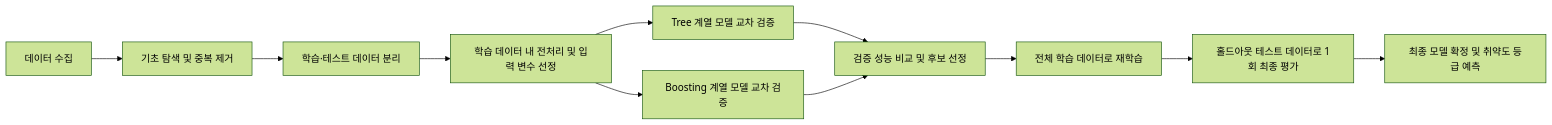
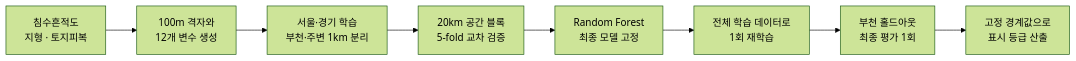
One commit to CUK-FLOUT/flout-server changed the diagram in docs/AI_MODEL_PIPELINE.md. Above: the diagram before and after it, drawn with Mermaid (forest theme). The commit also changed other lines of this file, not shown here.

````diff
--- a/docs/AI_MODEL_PIPELINE.md
+++ b/docs/AI_MODEL_PIPELINE.md
@@ -15,13 +64,10 @@
 ```mermaid
 flowchart LR
-    A[데이터 수집] --> B[기초 탐색 및 중복 제거]
-    B --> C[학습·테스트 데이터 분리]
-    C --> D[학습 데이터 내 전처리 및 입력 변수 선정]
-    D --> E[Tree 계열 모델 교차 검증]
-    D --> F[Boosting 계열 모델 교차 검증]
-    E --> G[검증 성능 비교 및 후보 선정]
-    F --> G
-    G --> H[전체 학습 데이터로 재학습]
-    H --> I[홀드아웃 테스트 데이터로 1회 최종 평가]
-    I --> J[최종 모델 확정 및 취약도 등급 예측]
+    A["침수흔적도<br/>지형 · 토지피복"] --> B["100m 격자와<br/>12개 변수 생성"]
+    B --> C["서울·경기 학습<br/>부천·주변 1km 분리"]
+    C --> D["20km 공간 블록<br/>5-fold 교차 검증"]
+    D --> E["Random Forest<br/>최종 모델 고정"]
+    E --> F["전체 학습 데이터로<br/>1회 재학습"]
+    F --> G["부천 홀드아웃<br/>최종 평가 1회"]
+    G --> H["고정 경계값으로<br/>표시 등급 산출"]
 ```
````
